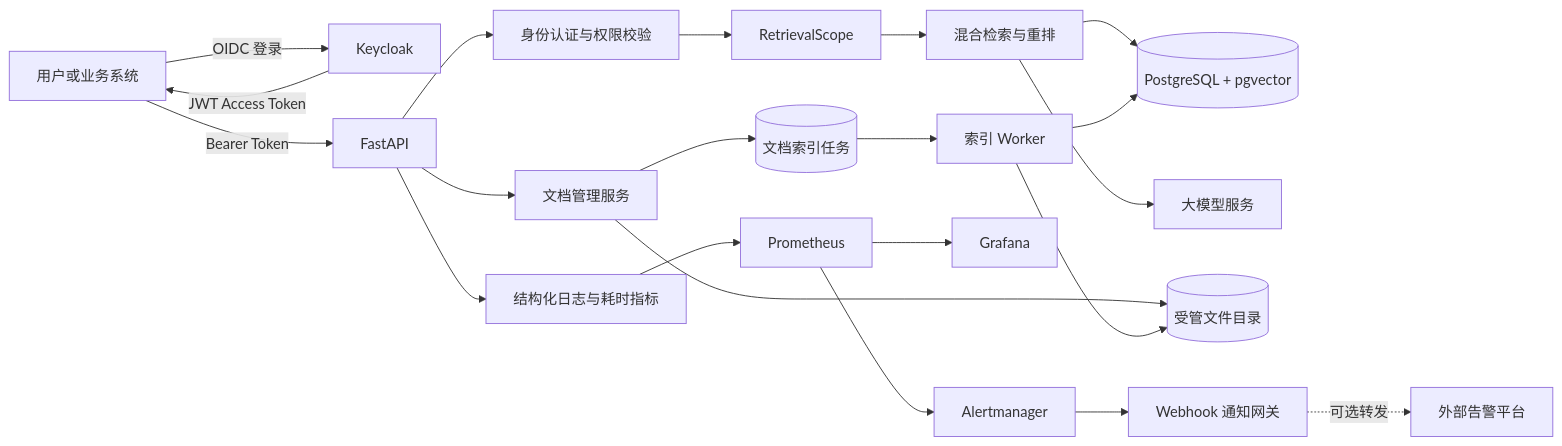
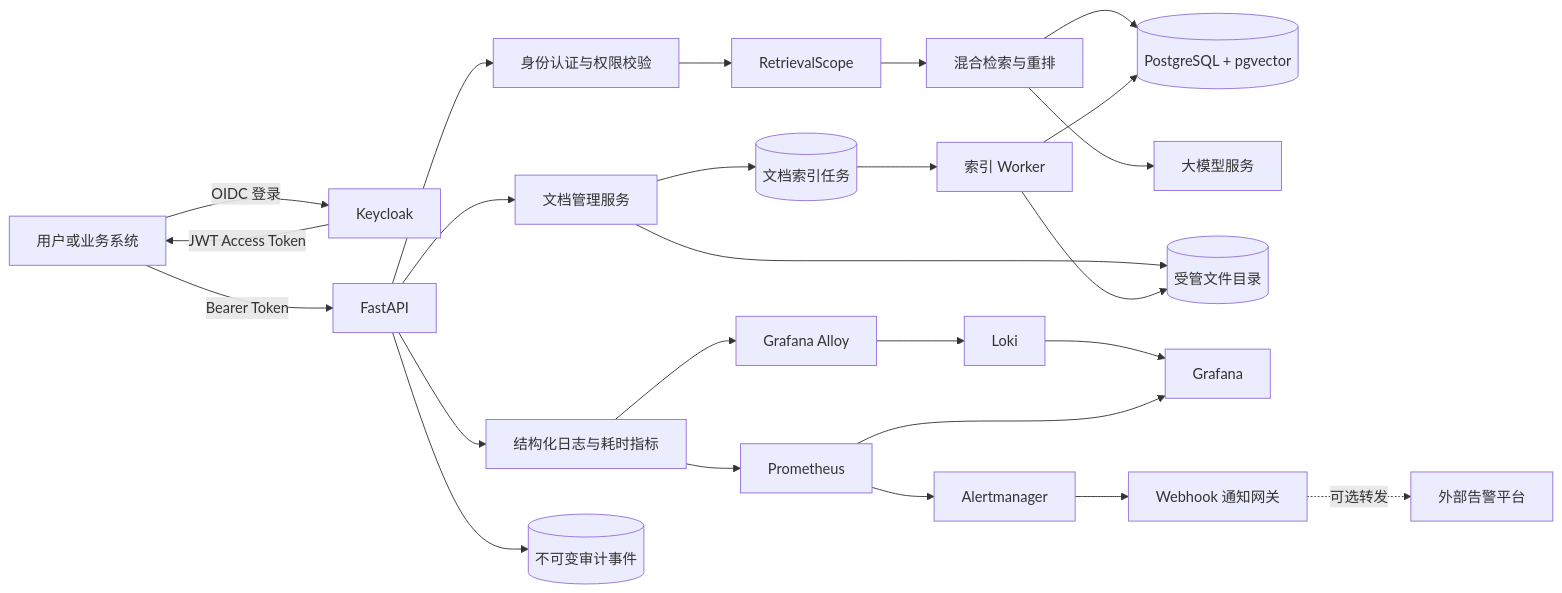
The diagram in README.md (Heresy0/Multi-tenant-long-context-rag-engine), drawn with Mermaid before and after one commit. The commit also changed other lines of this file and 18 other files, not shown here.

````diff
--- a/README.md
+++ b/README.md
@@ -29,23 +31,27 @@
 ```mermaid
 flowchart LR
     U[用户或业务系统] -->|OIDC 登录| K[Keycloak]
     K -->|JWT Access Token| U
     U -->|Bearer Token| A[FastAPI]
     A --> I[身份认证与权限校验]
     I --> S[RetrievalScope]
     S --> R[混合检索与重排]
     R --> P[(PostgreSQL + pgvector)]
     R --> L[大模型服务]
     A --> D[文档管理服务]
     D --> F[(受管文件目录)]
     D --> J[(文档索引任务)]
     J --> W[索引 Worker]
     W --> F
     W --> P
     A --> O[结构化日志与耗时指标]
+    A --> AU[(不可变审计事件)]
     O --> M[Prometheus]
+    O --> AL[Grafana Alloy]
+    AL --> LK[Loki]
+    LK --> G[Grafana]
     M --> G[Grafana]
     M --> AM[Alertmanager]
     AM --> AW[Webhook 通知网关]
     AW -. 可选转发 .-> E[外部告警平台]
 ```
````
